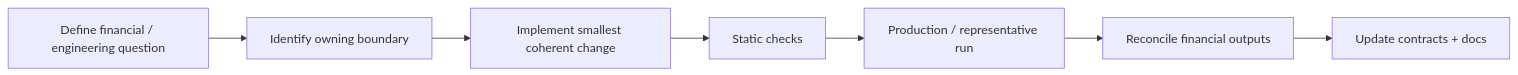
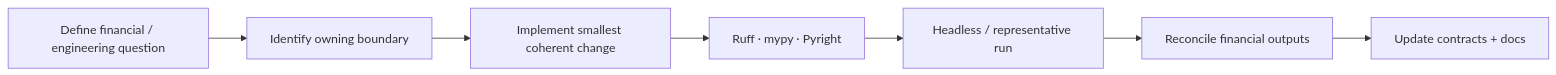
The third of 3 diagrams in docs/developer/development-guide.md (tks18/personal-finance-etl), drawn with Mermaid before and after one commit. The commit also changed other lines of this file, not shown here.

````diff
--- a/docs/developer/development-guide.md
+++ b/docs/developer/development-guide.md
@@ -507,9 +580,9 @@
 ```mermaid
 flowchart LR
     Q["Define financial / engineering question"] --> B["Identify owning boundary"]
     B --> C["Implement smallest coherent change"]
-    C --> STATIC["Static checks"]
-    STATIC --> RUN["Production / representative run"]
+    C --> STATIC["Ruff · mypy · Pyright"]
+    STATIC --> RUN["Headless / representative run"]
     RUN --> REC["Reconcile financial outputs"]
     REC --> DOC["Update contracts + docs"]
 ```
````
